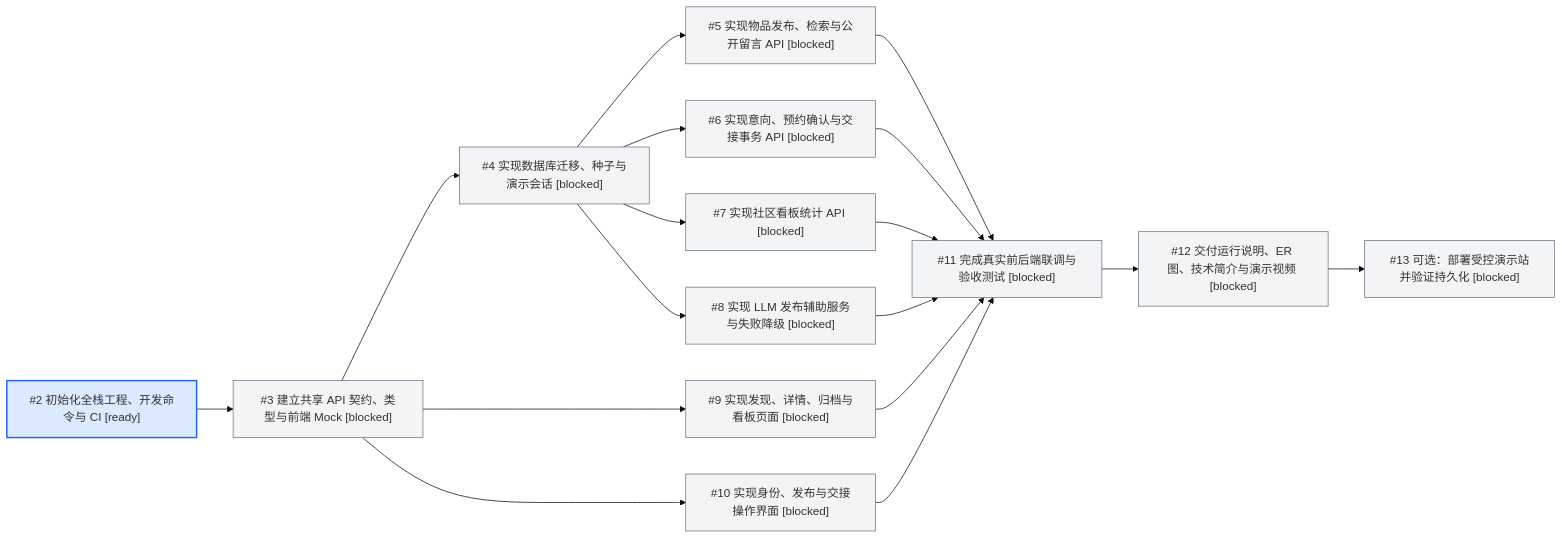
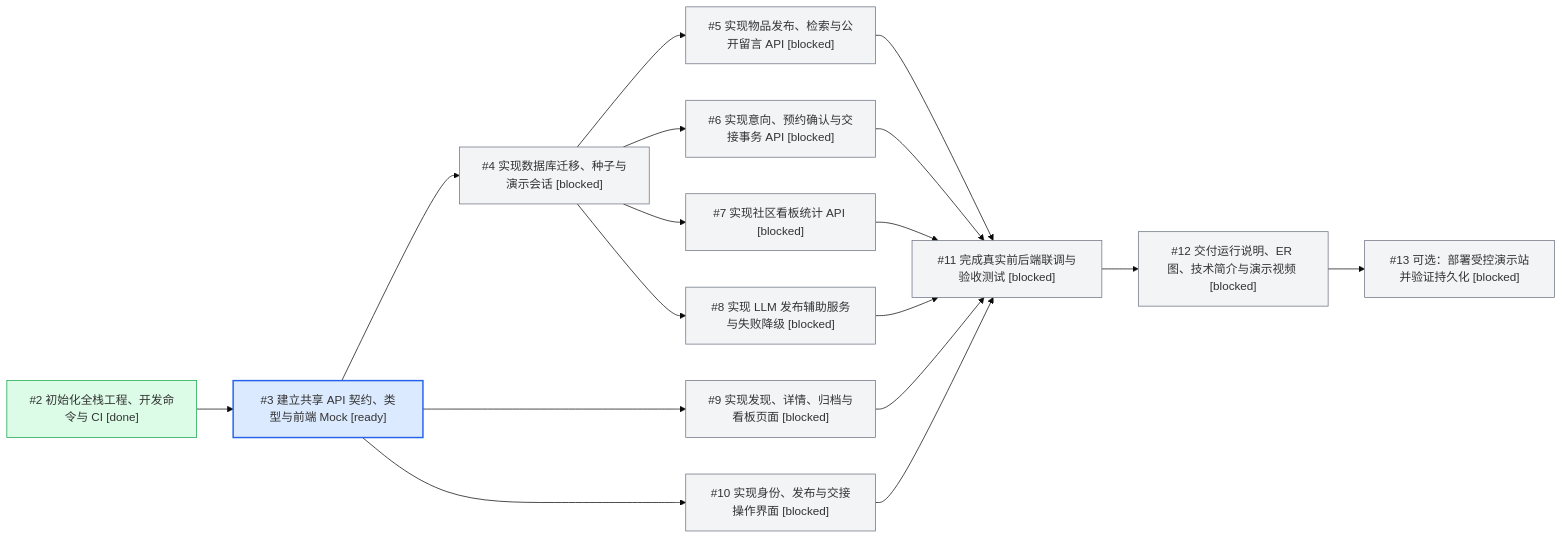
Before and after one commit to luochen211/neighborhood-exchange: the diagram in docs/planning/DAG.md, drawn with Mermaid (base theme). The commit also changed other lines of this file, not shown here.

````diff
--- a/docs/planning/DAG.md
+++ b/docs/planning/DAG.md
@@ -16,43 +16,43 @@
 ```mermaid
 flowchart LR
-  I2["#2 初始化全栈工程、开发命令与 CI [ready]"]
-  I3["#3 建立共享 API 契约、类型与前端 Mock [blocked]"]
+  I2["#2 初始化全栈工程、开发命令与 CI [done]"]
+  I3["#3 建立共享 API 契约、类型与前端 Mock [ready]"]
   I4["#4 实现数据库迁移、种子与演示会话 [blocked]"]
   I5["#5 实现物品发布、检索与公开留言 API [blocked]"]
   I6["#6 实现意向、预约确认与交接事务 API [blocked]"]
   I7["#7 实现社区看板统计 API [blocked]"]
   I8["#8 实现 LLM 发布辅助服务与失败降级 [blocked]"]
   I9["#9 实现发现、详情、归档与看板页面 [blocked]"]
   I10["#10 实现身份、发布与交接操作界面 [blocked]"]
   I11["#11 完成真实前后端联调与验收测试 [blocked]"]
   I12["#12 交付运行说明、ER 图、技术简介与演示视频 [blocked]"]
   I13["#13 可选：部署受控演示站并验证持久化 [blocked]"]
   I2 --> I3
   I3 --> I4
   I4 --> I5
   I4 --> I6
   I4 --> I7
   I4 --> I8
   I3 --> I9
   I3 --> I10
   I5 --> I11
   I6 --> I11
   I7 --> I11
   I8 --> I11
   I9 --> I11
   I10 --> I11
   I11 --> I12
   I12 --> I13
-  style I2 fill:#dbeafe,stroke:#2563eb,stroke-width:2px
-  style I3 fill:#f3f4f6,stroke:#6b7280
+  style I2 fill:#dcfce7,stroke:#16a34a
+  style I3 fill:#dbeafe,stroke:#2563eb,stroke-width:2px
   style I4 fill:#f3f4f6,stroke:#6b7280
   style I5 fill:#f3f4f6,stroke:#6b7280
   style I6 fill:#f3f4f6,stroke:#6b7280
   style I7 fill:#f3f4f6,stroke:#6b7280
   style I8 fill:#f3f4f6,stroke:#6b7280
   style I9 fill:#f3f4f6,stroke:#6b7280
   style I10 fill:#f3f4f6,stroke:#6b7280
   style I11 fill:#f3f4f6,stroke:#6b7280
   style I12 fill:#f3f4f6,stroke:#6b7280
   style I13 fill:#f3f4f6,stroke:#6b7280
 ```
````
